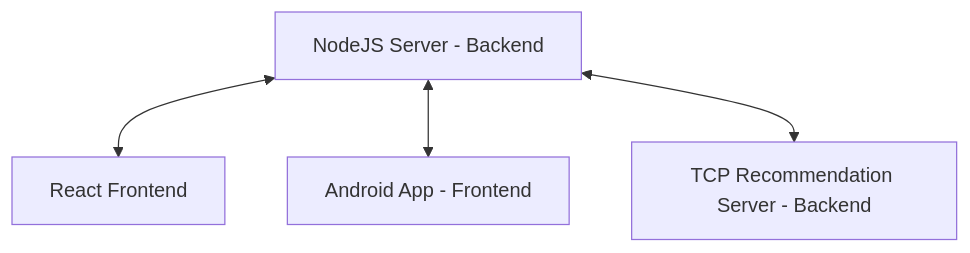
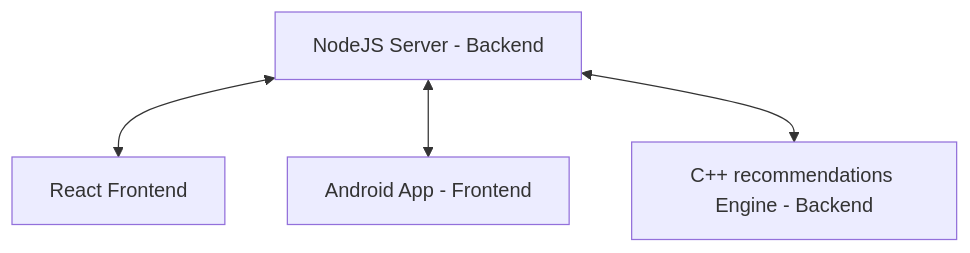
The diagram in README.md (Mzhenian/CrispyCrumbsAndroid), drawn with Mermaid before and after one commit. The commit also changed other lines of this file, not shown here.

````diff
--- a/README.md
+++ b/README.md
@@ -22,6 +22,6 @@
 ```mermaid
 graph TD;
     NodeJS_Server["NodeJS Server - Backend"] <--> React_Web["React Frontend"];
     NodeJS_Server <--> Android_App["Android App - Frontend"];
-    NodeJS_Server <--> TCP_Server["TCP Recommendation Server - Backend"];
+    NodeJS_Server <--> TCP_Server["C++ recommendations Engine - Backend"];
 ```
````
